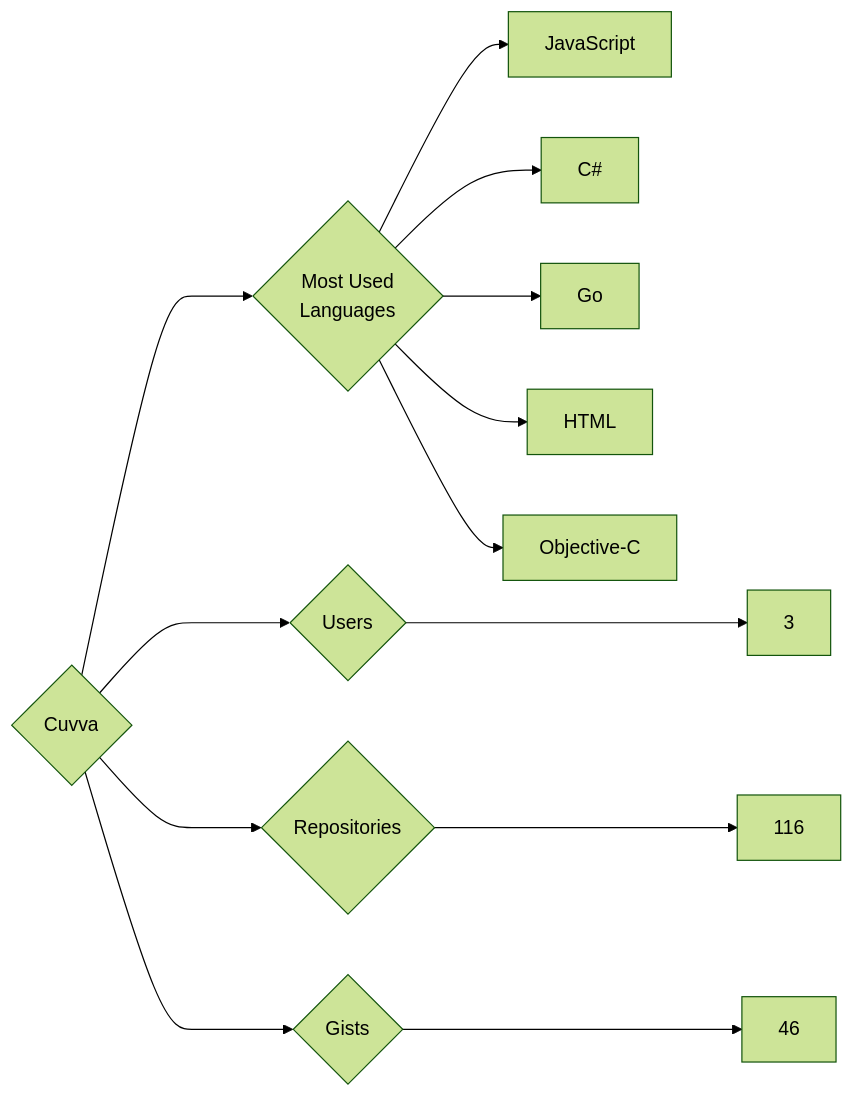
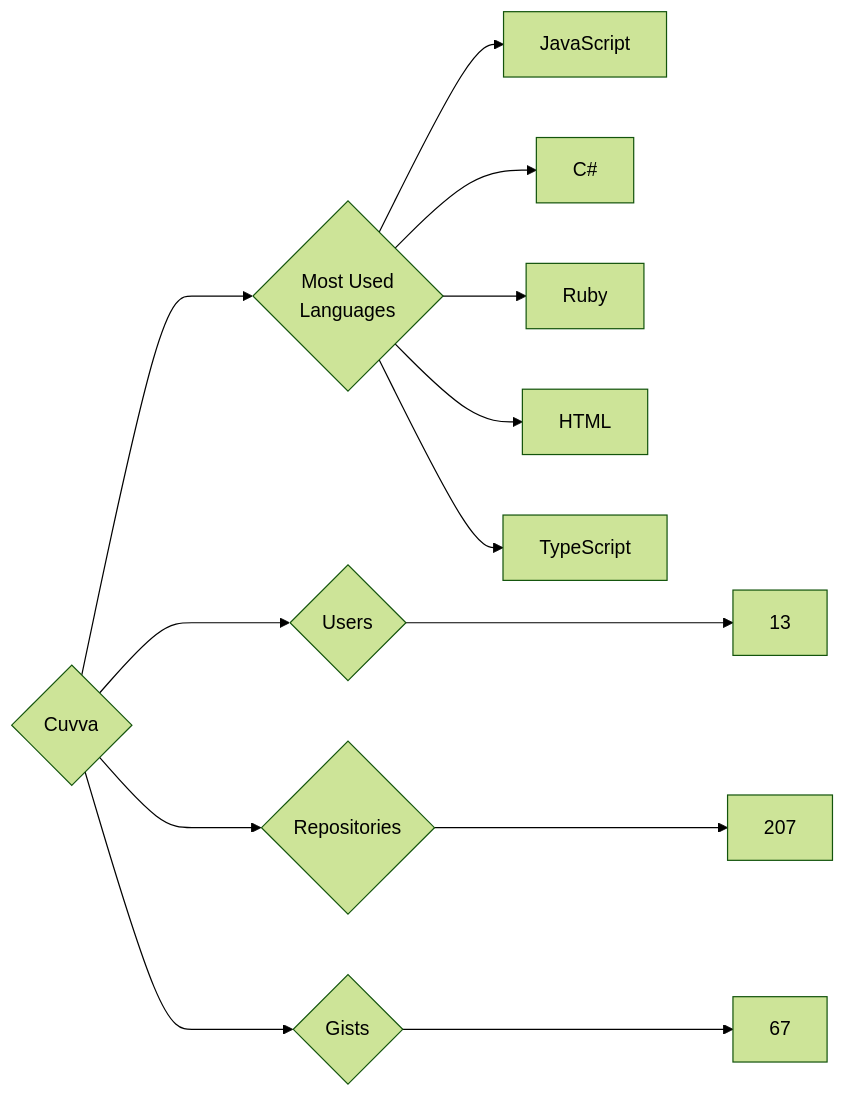
One commit to trickest/insiders changed the diagram in targets/Cuvva/README.md. Above: the diagram before and after it, drawn with Mermaid (forest theme). The commit also changed 838 other files, not shown here.

````diff
--- a/targets/Cuvva/README.md
+++ b/targets/Cuvva/README.md
@@ -3,13 +3,13 @@
 ```mermaid
 graph LR
 COMPANY_NAME{Cuvva}
-COMPANY_NAME ---> U{Users} ---> UN[3]
-COMPANY_NAME ---> R{Repositories} ---> RN[116]
-COMPANY_NAME ---> G{Gists} ---> GN[46]
+COMPANY_NAME ---> U{Users} ---> UN[13]
+COMPANY_NAME ---> R{Repositories} ---> RN[207]
+COMPANY_NAME ---> G{Gists} ---> GN[67]
 COMPANY_NAME ---> ML{Most Used<br>Languages}
 ML --> JavaScript[JavaScript]
 ML --> C#[C#]
-ML --> Go[Go]
+ML --> Ruby[Ruby]
 ML --> HTML[HTML]
-ML --> Objective-C[Objective-C]
+ML --> TypeScript[TypeScript]
 ```
````
